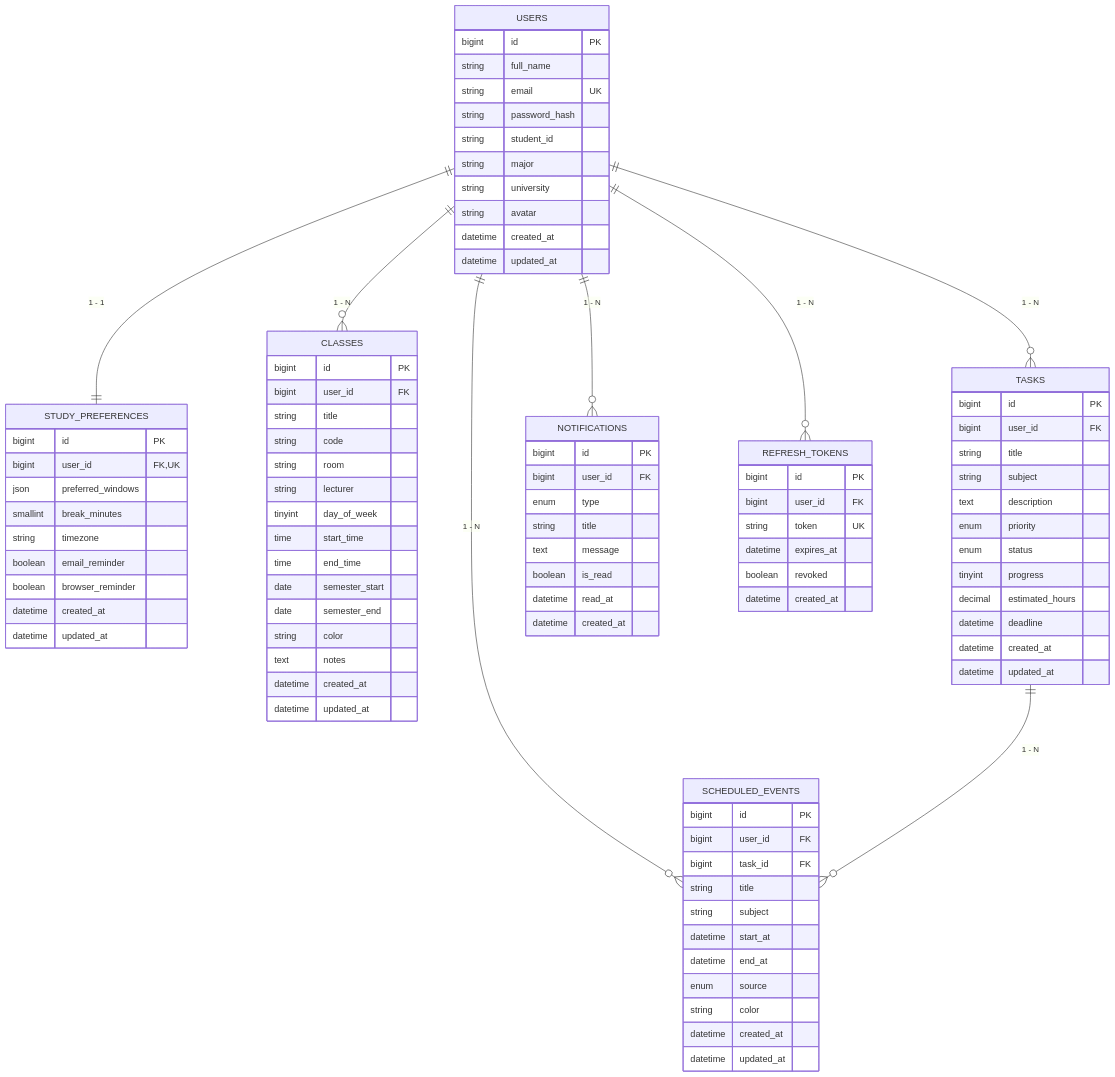
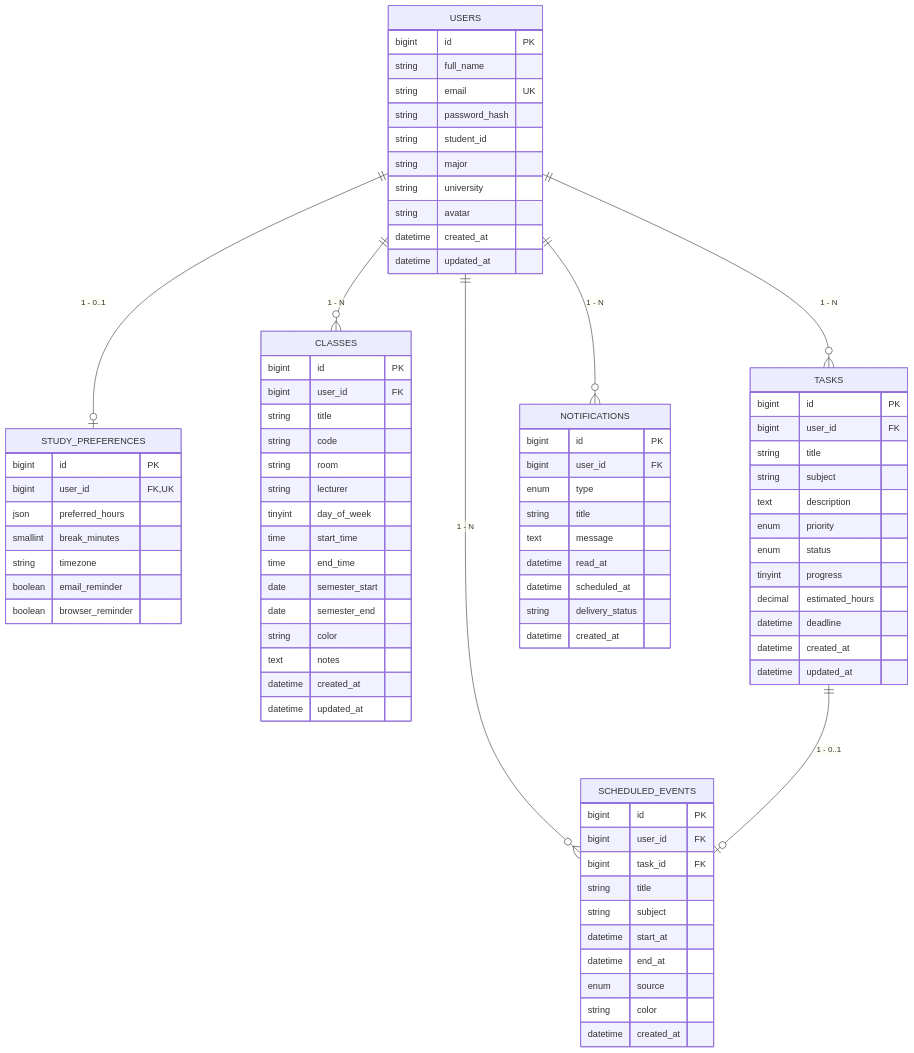
Before and after one commit to Hna-0644/PersonalIPlanner-ThoiKhoaBieuSV: the diagram in docs/database-design.md, drawn with Mermaid. The commit also changed other lines of this file, not shown here.

````diff
--- a/docs/database-design.md
+++ b/docs/database-design.md
@@ -20,12 +21,11 @@
 ```mermaid
 erDiagram
-    USERS ||--|| STUDY_PREFERENCES : "1 - 1"
+    USERS ||--o| STUDY_PREFERENCES : "1 - 0..1"
     USERS ||--o{ CLASSES : "1 - N"
     USERS ||--o{ TASKS : "1 - N"
     USERS ||--o{ SCHEDULED_EVENTS : "1 - N"
     USERS ||--o{ NOTIFICATIONS : "1 - N"
-    USERS ||--o{ REFRESH_TOKENS : "1 - N"
-    TASKS ||--o{ SCHEDULED_EVENTS : "1 - N"
+    TASKS ||--o| SCHEDULED_EVENTS : "1 - 0..1"
 
     USERS {
         bigint id PK
@@ -43,13 +43,11 @@
     STUDY_PREFERENCES {
         bigint id PK
         bigint user_id FK,UK
-        json preferred_windows
+        json preferred_hours
         smallint break_minutes
         string timezone
         boolean email_reminder
         boolean browser_reminder
-        datetime created_at
-        datetime updated_at
     }
 
     CLASSES {
@@ -96,7 +94,6 @@
         enum source
         string color
         datetime created_at
-        datetime updated_at
     }
 
     NOTIFICATIONS {
@@ -105,17 +102,9 @@
         enum type
         string title
         text message
-        boolean is_read
         datetime read_at
-        datetime created_at
-    }
-
-    REFRESH_TOKENS {
-        bigint id PK
-        bigint user_id FK
-        string token UK
-        datetime expires_at
-        boolean revoked
+        datetime scheduled_at
+        string delivery_status
         datetime created_at
     }
 ```
````
